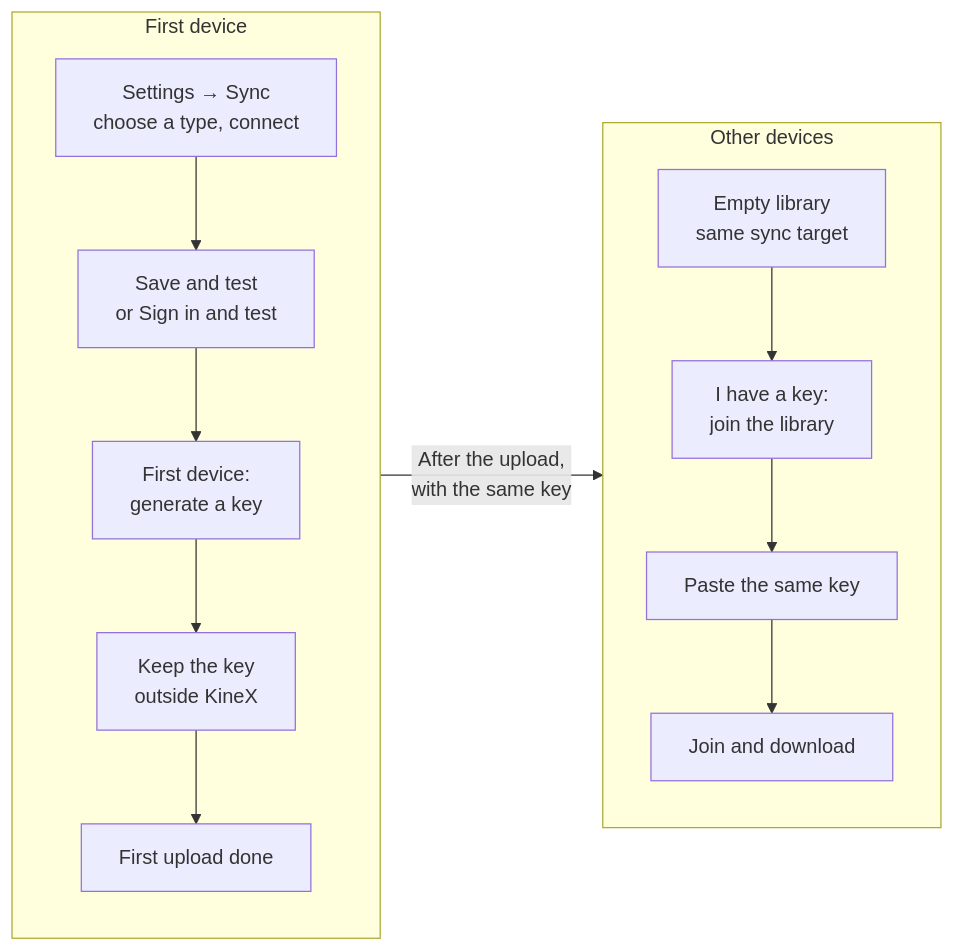
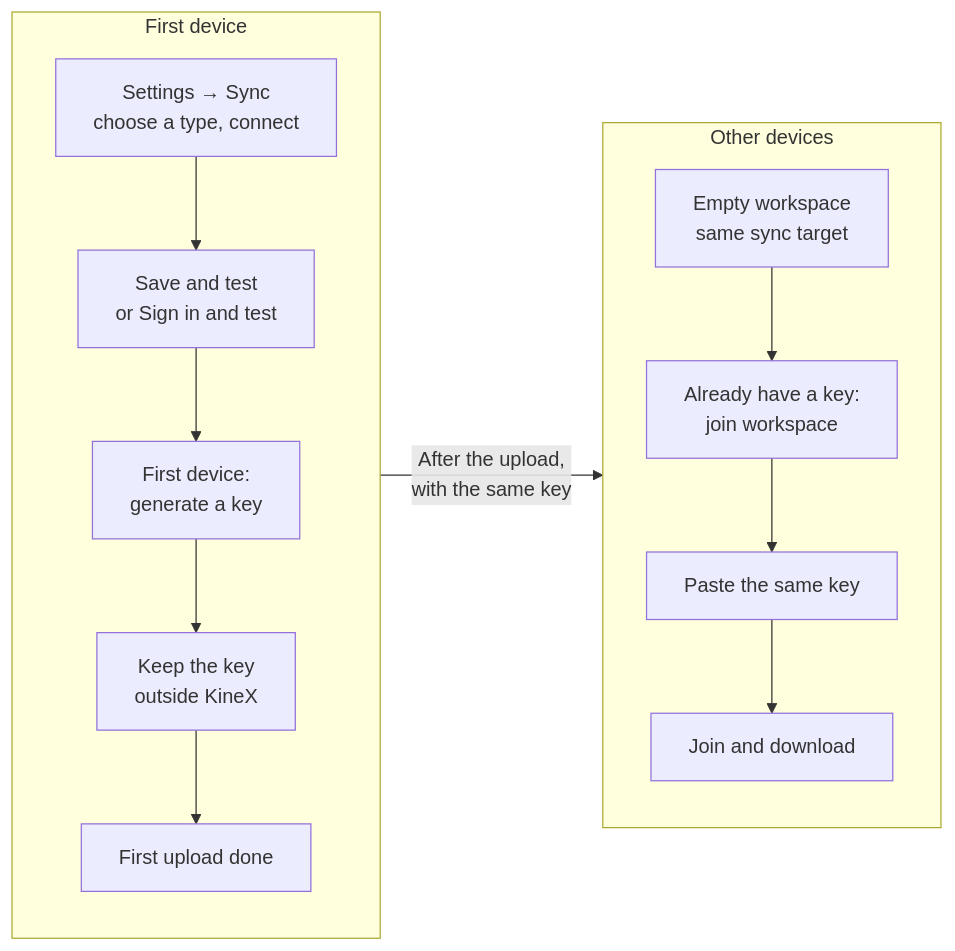
Before and after one commit to C21H21NO2S/kinex-site: diagram 14 of 23 in guide/en.md, drawn with Mermaid. The commit also changed other lines of this file and 4 other files, not shown here.

````diff
--- a/guide/en.md
+++ b/guide/en.md
@@ -875,17 +936,17 @@
 ```mermaid
 flowchart LR
     subgraph S1["First device"]
         direction TB
         A1["Settings → Sync<br/>choose a type, connect"] --> A2["Save and test<br/>or Sign in and test"]
         A2 --> A3["First device:<br/>generate a key"]
         A3 --> A4["Keep the key<br/>outside KineX"]
         A4 --> A5["First upload done"]
     end
     subgraph S2["Other devices"]
         direction TB
-        B1["Empty library<br/>same sync target"] --> B2["I have a key:<br/>join the library"]
+        B1["Empty workspace<br/>same sync target"] --> B2["Already have a key:<br/>join workspace"]
         B2 --> B3["Paste the same key"]
         B3 --> B4["Join and download"]
     end
     S1 -->|After the upload,<br/>with the same key| S2
 ```
````
